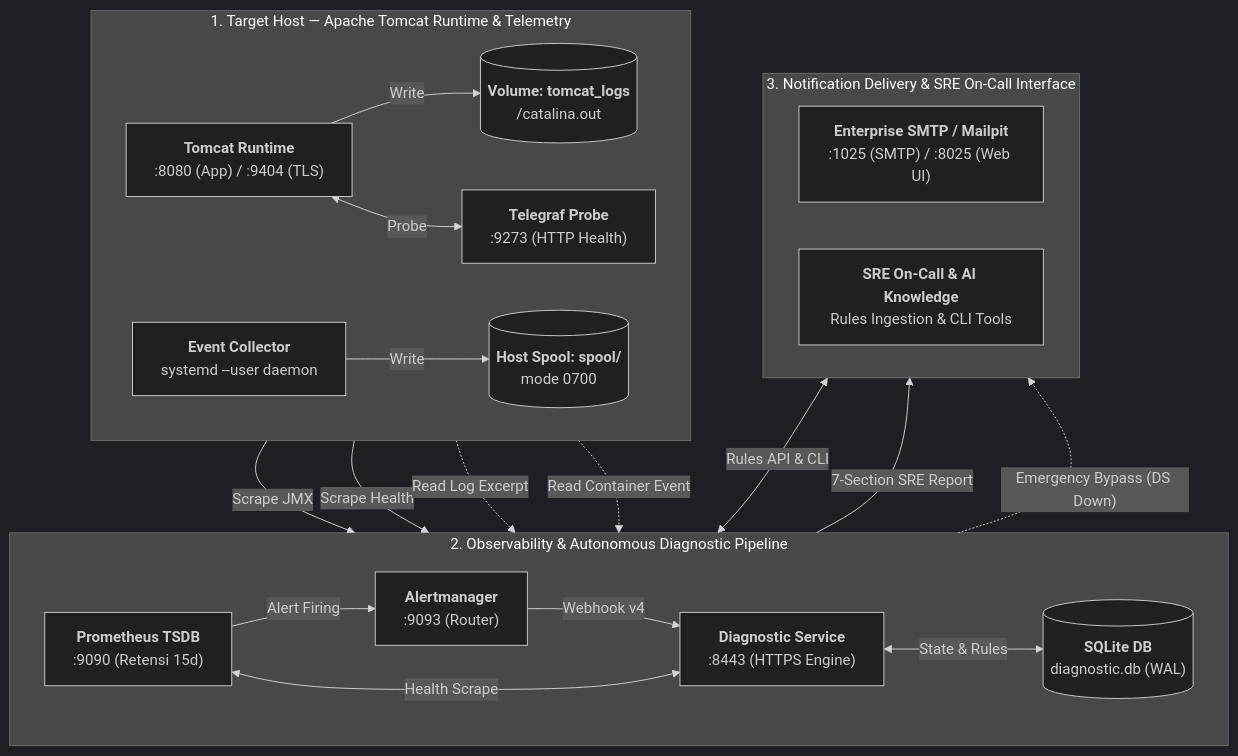
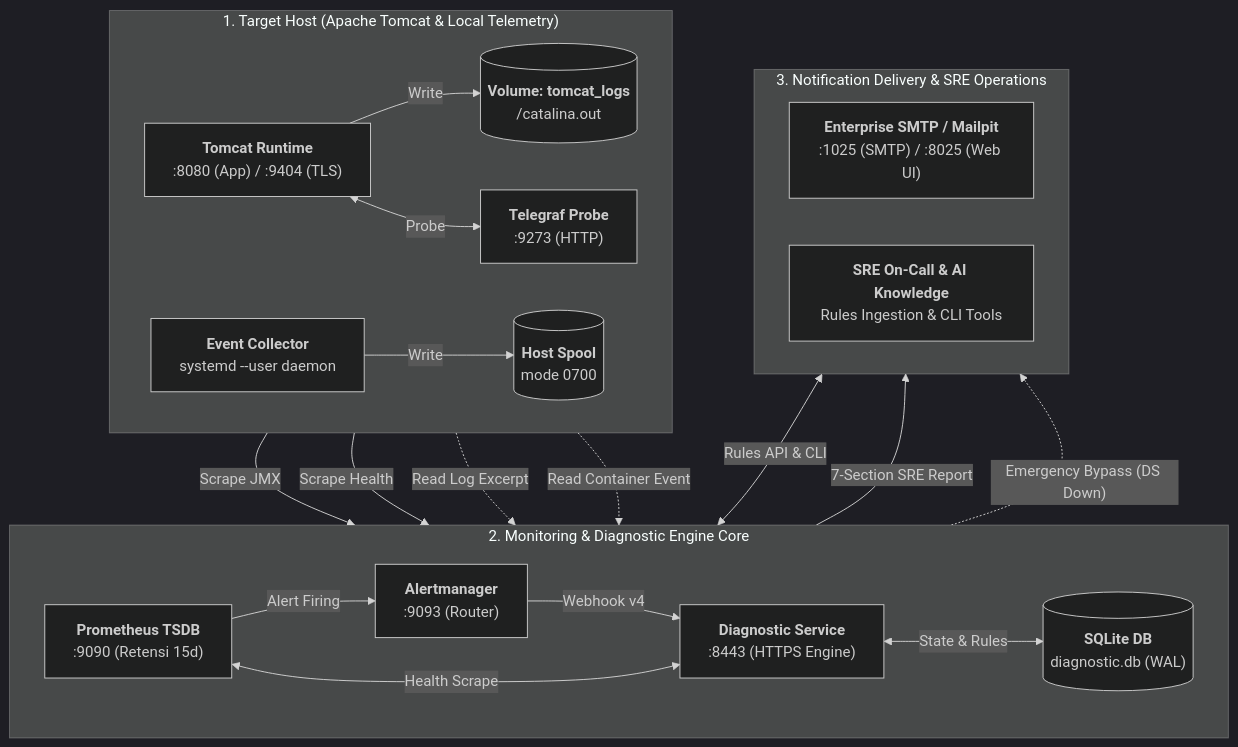
One commit to edkas07-oss/tomcat-monitoring changed the diagram in README.md. Above: the diagram before and after it, drawn with Mermaid (dark theme). The commit also changed other lines of this file, not shown here.

Commit message:
docs: tighten Mermaid diagram layout and eliminate trailing padding

````diff
--- a/README.md
+++ b/README.md
@@ -25,45 +25,44 @@
 ```mermaid
 flowchart TD
-    subgraph Host ["1. Target Host — Apache Tomcat Runtime & Telemetry"]
+    subgraph Host ["1. Target Host (Apache Tomcat & Local Telemetry)"]
         direction LR
         TOMCAT["<b>Tomcat Runtime</b><br/>:8080 (App) / :9404 (TLS)"]
-        TELEGRAF["<b>Telegraf Probe</b><br/>:9273 (HTTP Health)"]
+        TELEGRAF["<b>Telegraf Probe</b><br/>:9273 (HTTP)"]
         COLLECTOR["<b>Event Collector</b><br/>systemd --user daemon"]
         LOGS[("<b>Volume: tomcat_logs</b><br/>/catalina.out")]
-        SPOOL[("<b>Host Spool: spool/</b><br/>mode 0700")]
+        SPOOL[("<b>Host Spool</b><br/>mode 0700")]
 
         TOMCAT -->|"Write"| LOGS
         COLLECTOR -->|"Write"| SPOOL
         TOMCAT <-->|"Probe"| TELEGRAF
     end
 
-    subgraph Pipeline ["2. Observability & Autonomous Diagnostic Pipeline"]
+    subgraph Core ["2. Monitoring & Diagnostic Engine Core"]
         direction LR
         PROM["<b>Prometheus TSDB</b><br/>:9090 (Retensi 15d)"]
         AM["<b>Alertmanager</b><br/>:9093 (Router)"]
         DS["<b>Diagnostic Service</b><br/>:8443 (HTTPS Engine)"]
         SQLITE[("<b>SQLite DB</b><br/>diagnostic.db (WAL)")]
 
         PROM -->|"Alert Firing"| AM
         AM -->|"Webhook v4"| DS
         PROM <-->|"Health Scrape"| DS
         DS <-->|"State & Rules"| SQLITE
     end
 
-    subgraph Operations ["3. Notification Delivery & SRE On-Call Interface"]
+    subgraph Actions ["3. Notification Delivery & SRE Operations"]
         direction LR
         MAILPIT["<b>Enterprise SMTP / Mailpit</b><br/>:1025 (SMTP) / :8025 (Web UI)"]
         SRE["<b>SRE On-Call & AI Knowledge</b><br/>Rules Ingestion & CLI Tools"]
     end
 
-    %% Cross-Tier Connections (Layer 1 -> Layer 2)
+    %% Downward Inter-Tier Connections
     TOMCAT -->|"Scrape JMX"| PROM
     TELEGRAF -->|"Scrape Health"| PROM
     LOGS -.->|"Read Log Excerpt"| DS
     SPOOL -.->|"Read Container Event"| DS
 
-    %% Cross-Tier Output (Layer 2 -> Layer 3)
     DS -->|"7-Section SRE Report"| MAILPIT
     AM -.->|"Emergency Bypass (DS Down)"| MAILPIT
     SRE <-->|"Rules API & CLI"| DS
 ```
````
